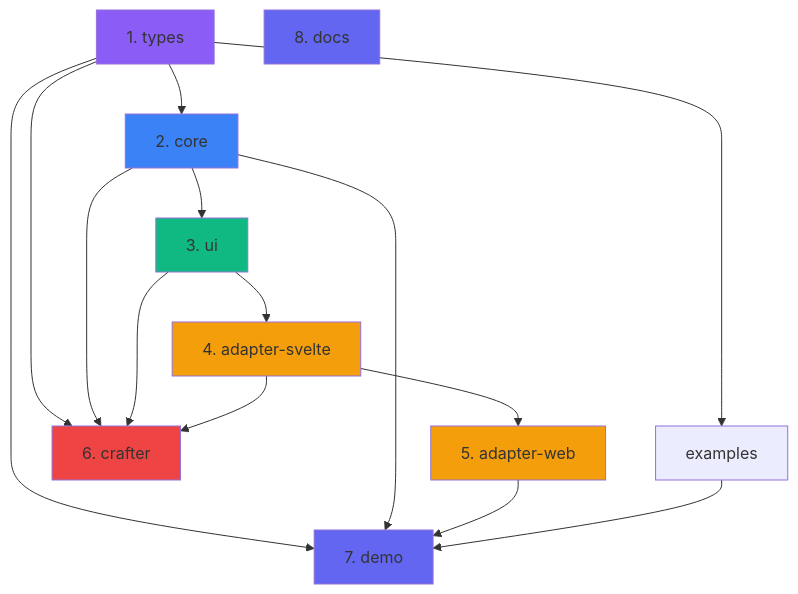
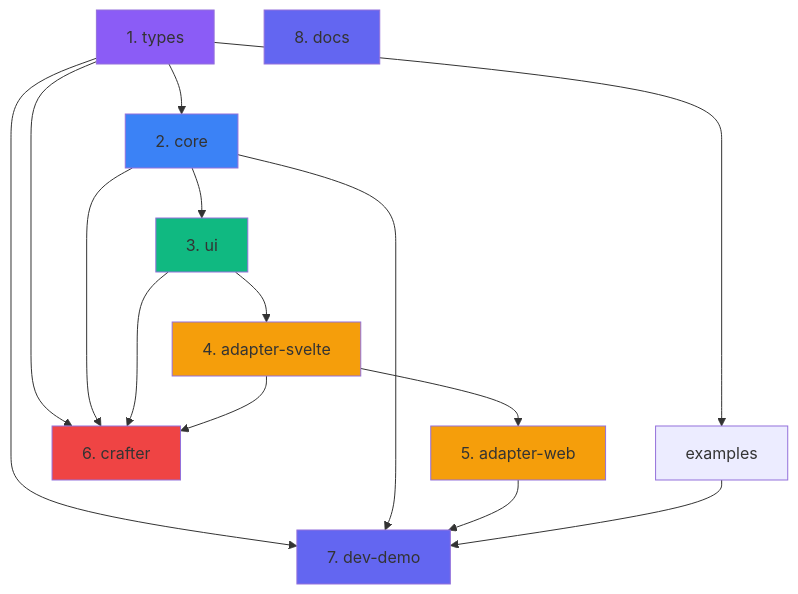
One commit to mainzcript/ujl changed the eighth of 8 diagrams in apps/docs/src/arc42/05-building-block-view.md. Above: the diagram before and after it, drawn with Mermaid. The commit also changed other lines of this file and 21 other files, not shown here.

Commit message:
refactor: update documentation to rename media terminology to image, clarify storage modes, and enhance consistency across architecture sections, including examples and API references

````diff
--- a/apps/docs/src/arc42/05-building-block-view.md
+++ b/apps/docs/src/arc42/05-building-block-view.md
@@ -1184,38 +1180,38 @@
 ```mermaid
 graph TB
     Types[1. types]
     Core[2. core]
     UI[3. ui]
     AdapterSvelte[4. adapter-svelte]
     AdapterWeb[5. adapter-web]
     Crafter[6. crafter]
-    Demo[7. demo]
+    DevDemo[7. dev-demo]
     Docs[8. docs]
     Examples[examples]
 
     Types --> Core
     Core --> UI
     UI --> AdapterSvelte
     AdapterSvelte --> AdapterWeb
 
     Types --> Crafter
     Core --> Crafter
     UI --> Crafter
     AdapterSvelte --> Crafter
 
-    Types --> Demo
-    Core --> Demo
-    AdapterWeb --> Demo
-    Examples --> Demo
+    Types --> DevDemo
+    Core --> DevDemo
+    AdapterWeb --> DevDemo
+    Examples --> DevDemo
 
     Types --> Examples
 
     style Types fill:#8b5cf6
     style Core fill:#3b82f6
     style UI fill:#10b981
     style AdapterSvelte fill:#f59e0b
     style AdapterWeb fill:#f59e0b
     style Crafter fill:#ef4444
-    style Demo fill:#6366f1
+    style DevDemo fill:#6366f1
     style Docs fill:#6366f1
 ```
````
